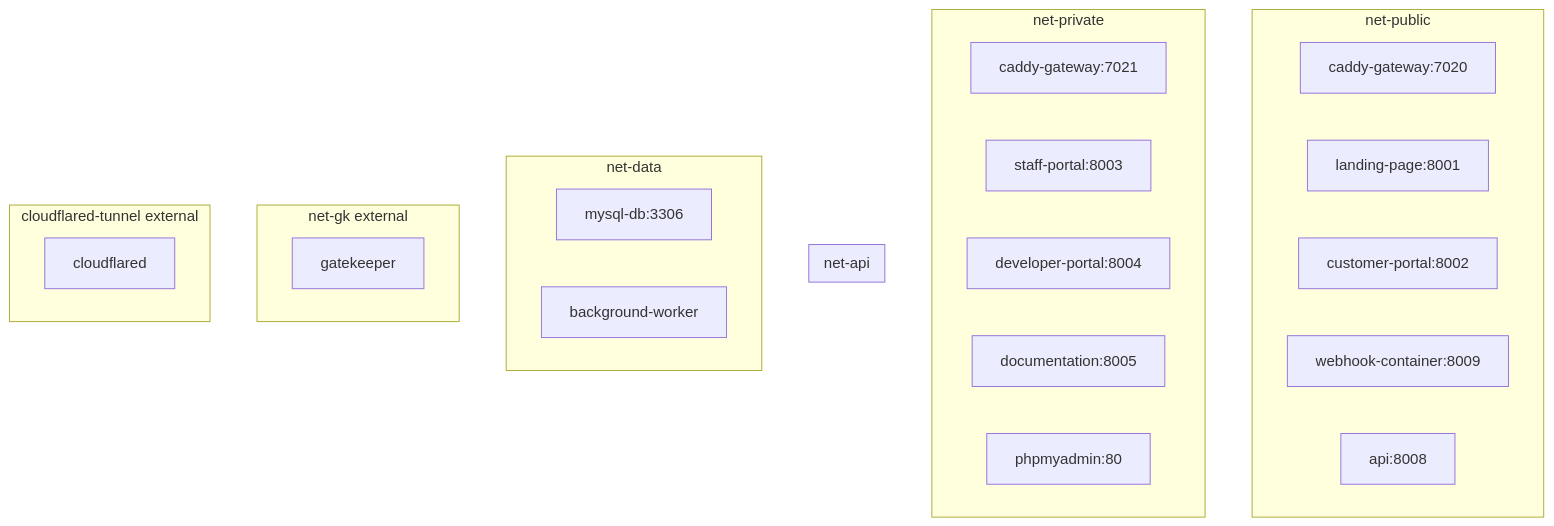
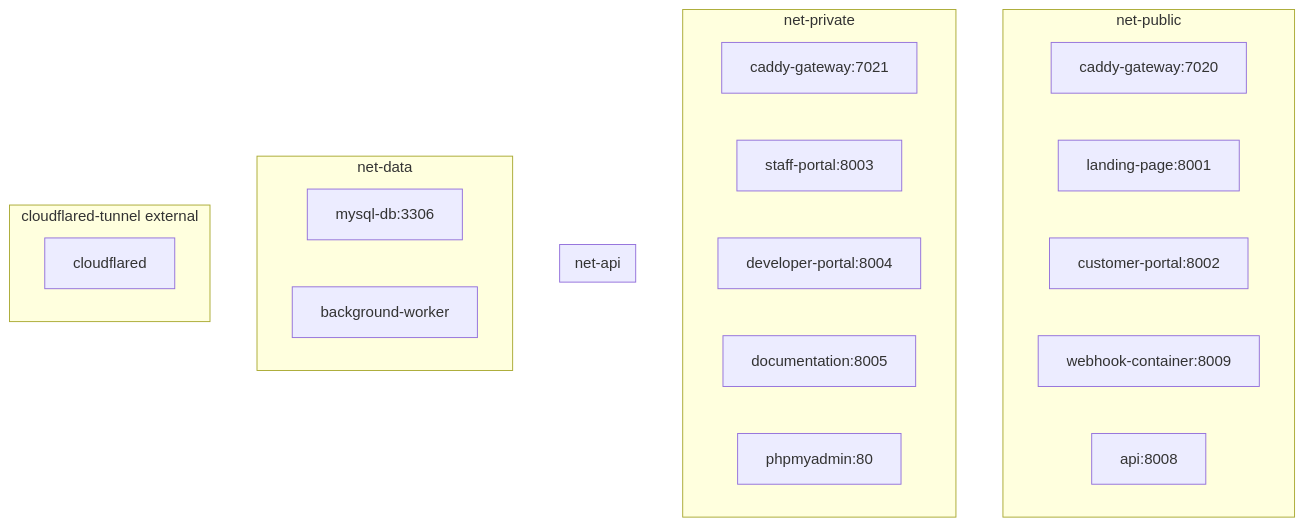
One commit to NovaProtocol/WaterBillingSystem changed the diagram in documentation/docs/bill-server/deployment.md. Above: the diagram before and after it, drawn with Mermaid. The commit also changed other lines of this file and 9 other files, not shown here.

````diff
--- a/documentation/docs/bill-server/deployment.md
+++ b/documentation/docs/bill-server/deployment.md
@@ -42,47 +42,39 @@
 ```mermaid
 graph TB
     subgraph "net-public"
         C1[caddy-gateway:7020]
         LP[landing-page:8001]
         CP[customer-portal:8002]
         WH[webhook-container:8009]
         API[api:8008]
     end
 
     subgraph "net-private"
         C2[caddy-gateway:7021]
         SP[staff-portal:8003]
         DP[developer-portal:8004]
         DOC[documentation:8005]
         PMA[phpmyadmin:80]
     end
 
     subgraph "net-api"
         CP
         SP
         DP
         WH
         API
     end
 
     subgraph "net-data"
         DB[mysql-db:3306]
         API
         WORKER[background-worker]
         PMA
     end
 
-    subgraph "net-gk external"
-        CP
-        SP
-        DP
-        DOC
-        GK[gatekeeper]
-    end
-
     subgraph "cloudflared-tunnel external"
         C1
         C2
         CF[cloudflared]
     end
 ```
````
